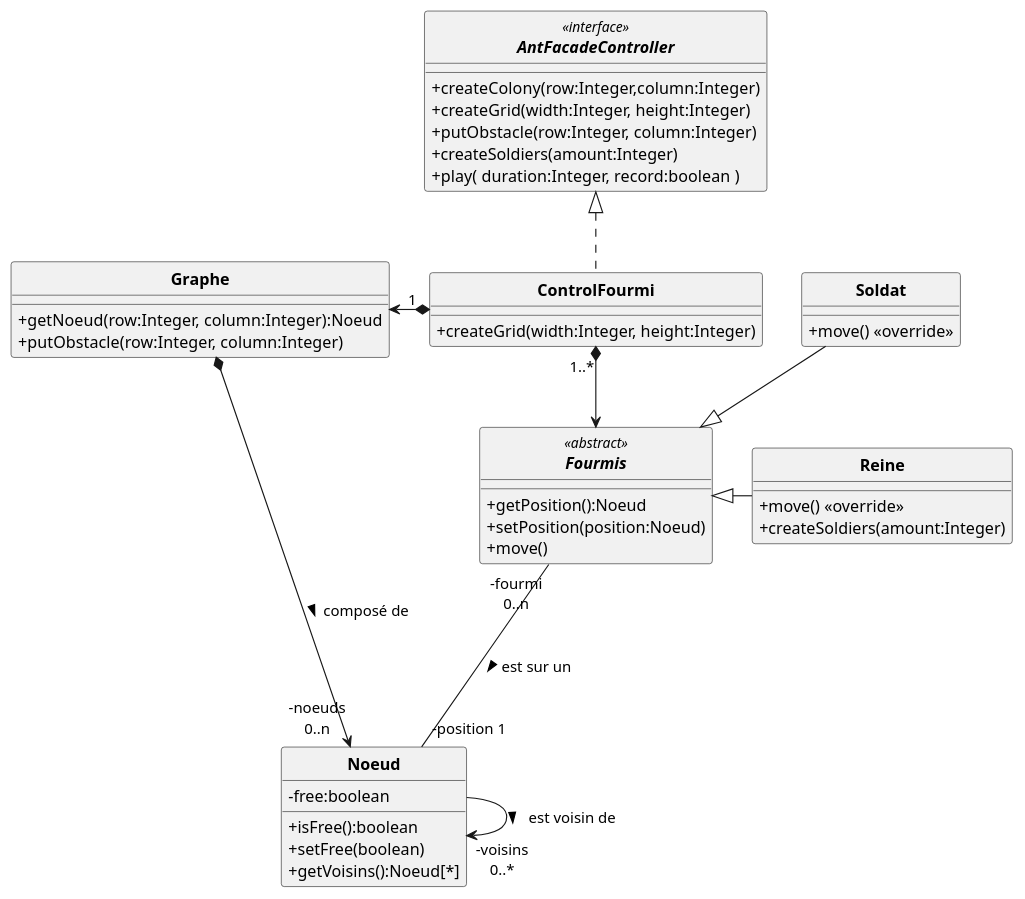
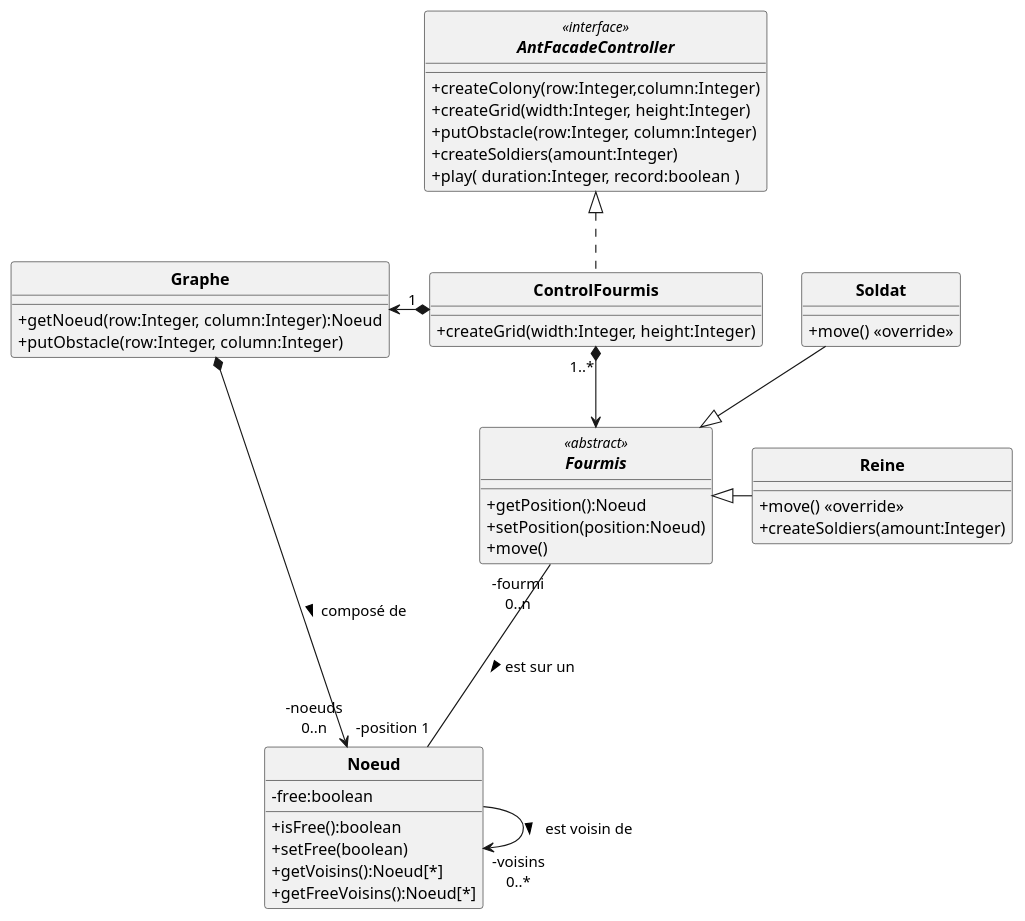
The diagram in Code/uml/Fourmis_DC.puml (ErenMustafaGit/ColonieFourmis), drawn with PlantUML before and after one commit.

Commit message:
Mise à jour du diagram de conception: Ajout de la méthode getFreeVoisins() à la classe Noeud.

```diff
--- a/Code/uml/Fourmis_DC.puml
+++ b/Code/uml/Fourmis_DC.puml
@@ -1,70 +1,69 @@
 @startuml
 'https://plantuml.com/sequence-diagram
 allow_mixing
 skinparam style strictuml
 skinparam classAttributeIconSize 0
 skinparam circledCharacterRadius 0
 skinparam circledCharacterFontSize 0
 skinparam classFontStyle Bold
 'autonumber
 
 'Controleur
 interface AntFacadeController <<interface>> {
     '+setParameters( evaporationParam:Integer, foodParam:Integer, pheromoneParam:Integer )
     +createColony(row:Integer,column:Integer)
     +createGrid(width:Integer, height:Integer)
     +putObstacle(row:Integer, column:Integer)
     '+putFood( row:Integer, column:Integer, quantity:Integer);
     '+createWorkers( amount:Integer )
     +createSoldiers(amount:Integer)
     '+setAntFile(antLogFile:String);
     +play( duration:Integer, record:boolean )
 }
 
 class Noeud {
     -free:boolean
     +isFree():boolean
     +setFree(boolean)
     +getVoisins():Noeud[*]
+    +getFreeVoisins():Noeud[*]
 }
 
 abstract Fourmis <<abstract>> {
     +getPosition():Noeud
     +setPosition(position:Noeud)
     +move()
 }
 class Reine{
     +move() <<override>>
     +createSoldiers(amount:Integer)
 
 }
 class Soldat{
     +move() <<override>>
 }
 
 
 'class Graphe implements AntFacadeController{
-class ControlFourmi implements AntFacadeController{
+class ControlFourmis implements AntFacadeController{
     +createGrid(width:Integer, height:Integer)
 }
 
-class ControlFourmi{
-}
 
 class Graphe{
  +getNoeud(row:Integer, column:Integer):Noeud
  +putObstacle(row:Integer, column:Integer)
 }
 
 
 Soldat --|> Fourmis
 Reine -l-|> Fourmis
 
-ControlFourmi "1 " *-l-> Graphe
-ControlFourmi "1..*" *--> Fourmis
+ControlFourmis "1 " *-l-> Graphe
+ControlFourmis "1..*" *--> Fourmis
 
 Graphe *-r-> "-noeuds\n0..n" Noeud : composé de >
 Fourmis "-fourmi\n0..n" --- "-position 1" Noeud  : est sur un >
 Noeud -> "-voisins\n0..*"  Noeud  : est voisin de >
 
 @enduml
```
